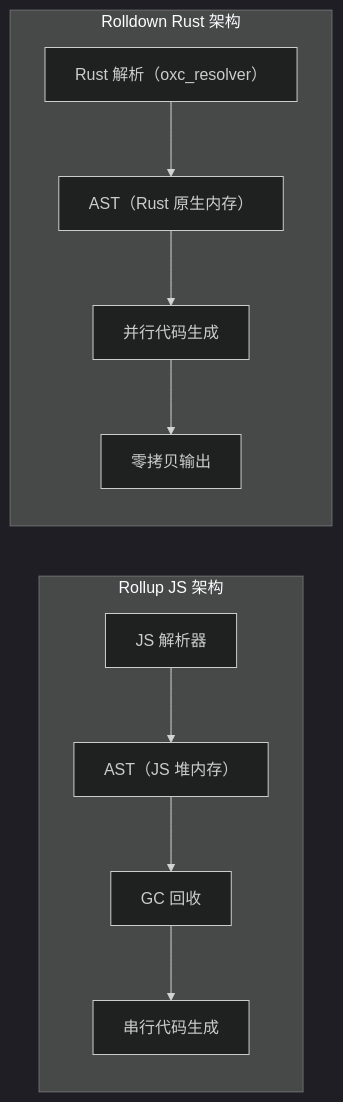
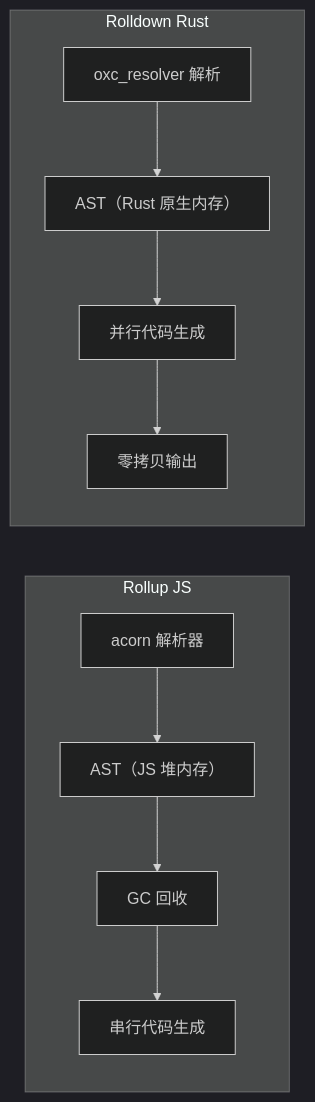
Before and after one commit to KMaybe01/common: diagram 21 of 58 in S3-进阶提升/03-前端工程化.md, drawn with Mermaid (dark theme). The commit also changed other lines of this file and 27 other files, not shown here.

````diff
--- a/S3-进阶提升/03-前端工程化.md
+++ b/S3-进阶提升/03-前端工程化.md
@@ -1308,13 +988,13 @@
 ```mermaid
 flowchart LR
-    subgraph Rollup JS 架构
-        A["JS 解析器"] --> B["AST（JS 堆内存）"]
+    subgraph Rollup JS
+        A["acorn 解析器"] --> B["AST（JS 堆内存）"]
         B --> C["GC 回收"]
         C --> D["串行代码生成"]
     end
-    subgraph Rolldown Rust 架构
-        E["Rust 解析（oxc_resolver）"] --> F["AST（Rust 原生内存）"]
+    subgraph Rolldown Rust
+        E["oxc_resolver 解析"] --> F["AST（Rust 原生内存）"]
         F --> G["并行代码生成"]
         G --> H["零拷贝输出"]
     end
 ```
````
